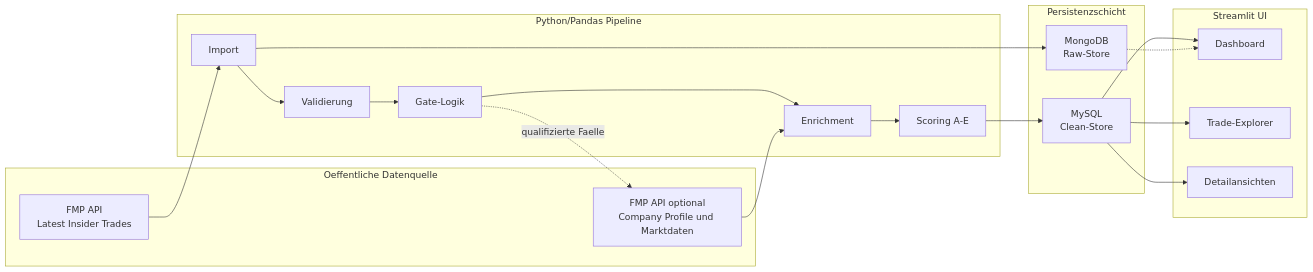
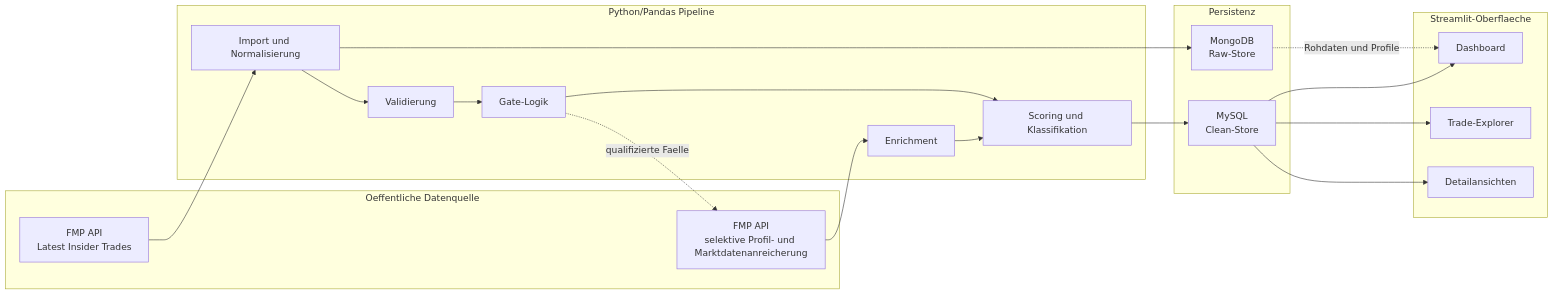
One commit to JoFitTech/mercator changed the diagram in docs/report_assets/diagrams/mercator_architecture.mmd. Above: the diagram before and after it, drawn with Mermaid.

Commit message:
docs: simplify report mermaid architecture diagram

```diff
--- a/docs/report_assets/diagrams/mercator_architecture.mmd
+++ b/docs/report_assets/diagrams/mercator_architecture.mmd
@@ -1,34 +1,38 @@
 flowchart LR
     subgraph Q[Oeffentliche Datenquelle]
         API1[FMP API<br/>Latest Insider Trades]
-        API2[FMP API optional<br/>Company Profile und Marktdaten]
+        APIX[FMP API<br/>selektive Profil- und Marktdatenanreicherung]
     end
 
     subgraph V[Python/Pandas Pipeline]
-        IMP[Import]
+        IMP[Import und Normalisierung]
         VAL[Validierung]
         GATE[Gate-Logik]
         ENR[Enrichment]
-        SCORE[Scoring A-E]
+        SCORE[Scoring und Klassifikation]
     end
 
-    subgraph P[Persistenzschicht]
+    subgraph P[Persistenz]
         MONGO[MongoDB<br/>Raw-Store]
         MYSQL[MySQL<br/>Clean-Store]
     end
 
-    subgraph U[Streamlit UI]
+    subgraph U[Streamlit-Oberflaeche]
         DASH[Dashboard]
         EXP[Trade-Explorer]
         DET[Detailansichten]
     end
 
-    API1 --> IMP --> VAL --> GATE --> ENR
+    API1 --> IMP
     IMP --> MONGO
-    GATE -. qualifizierte Faelle .-> API2
-    API2 --> ENR
-    ENR --> SCORE --> MYSQL
+    IMP --> VAL --> GATE
+    GATE -. qualifizierte Faelle .-> APIX
+    APIX --> ENR
+    GATE --> SCORE
+    ENR --> SCORE
+    SCORE --> MYSQL
+
+    MONGO -. Rohdaten und Profile .-> DASH
     MYSQL --> DASH
     MYSQL --> EXP
     MYSQL --> DET
-    MONGO -.-> DASH
```
